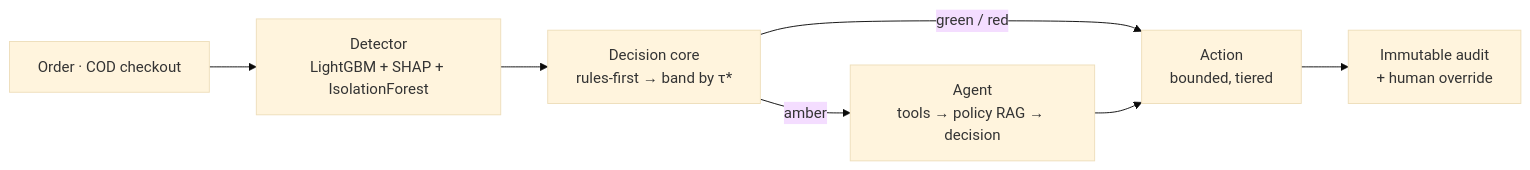
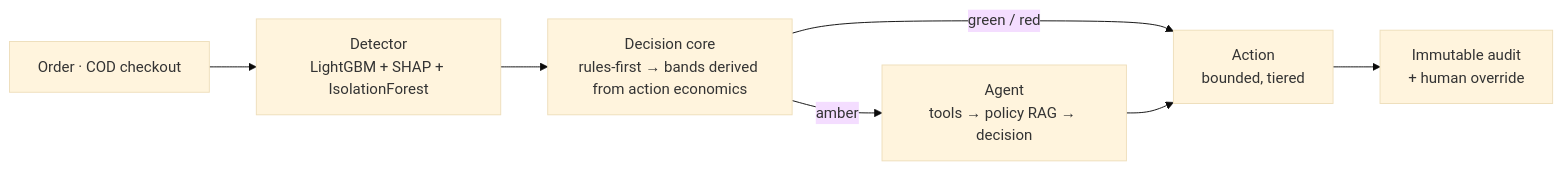
One commit to HarshalAndhale9657/Axiom changed the diagram in docs/architecture.md. Above: the diagram before and after it, drawn with Mermaid (base theme). The commit also changed other lines of this file and 5 other files, not shown here.

````diff
--- a/docs/architecture.md
+++ b/docs/architecture.md
@@ -16,9 +16,9 @@
 ```mermaid
 flowchart LR
   O[Order · COD checkout] --> D[Detector<br/>LightGBM + SHAP + IsolationForest]
-  D --> C[Decision core<br/>rules-first → band by τ*]
+  D --> C[Decision core<br/>rules-first → bands derived from action economics]
   C -- green / red --> A[Action<br/>bounded, tiered]
   C -- amber --> G[Agent<br/>tools → policy RAG → decision]
   G --> A
   A --> AU[Immutable audit<br/>+ human override]
 ```
````
